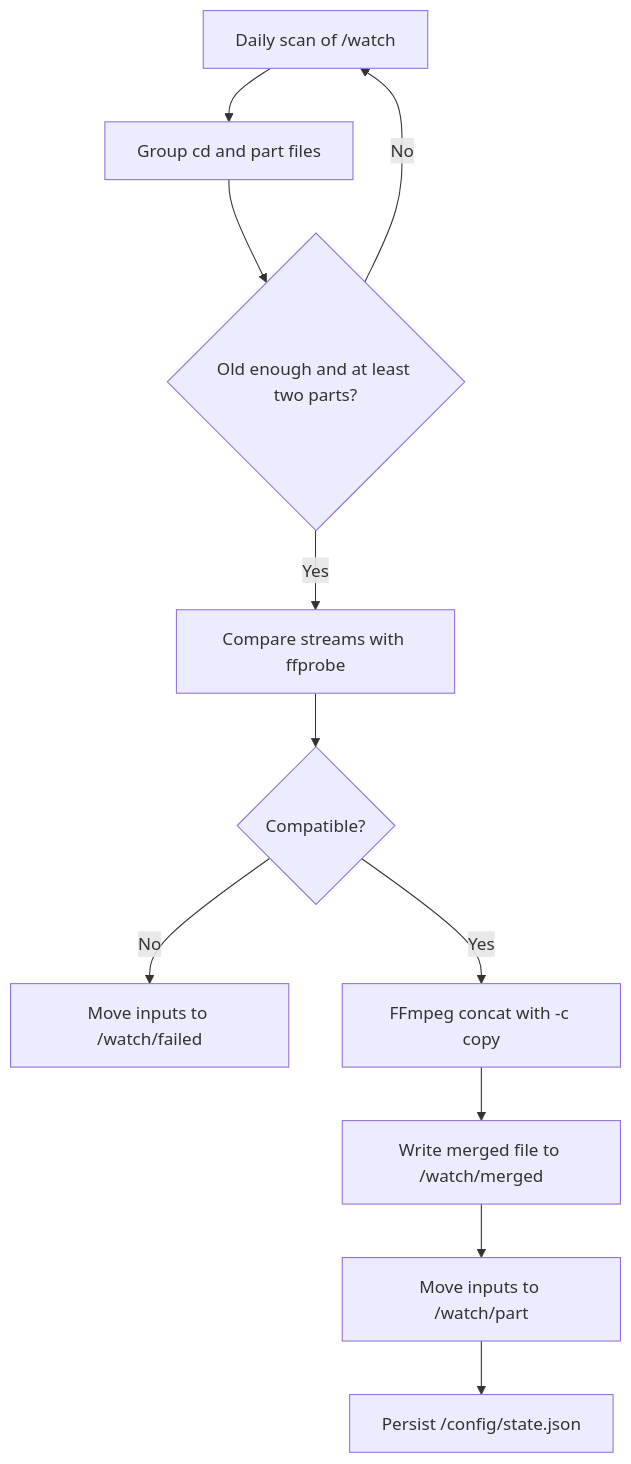
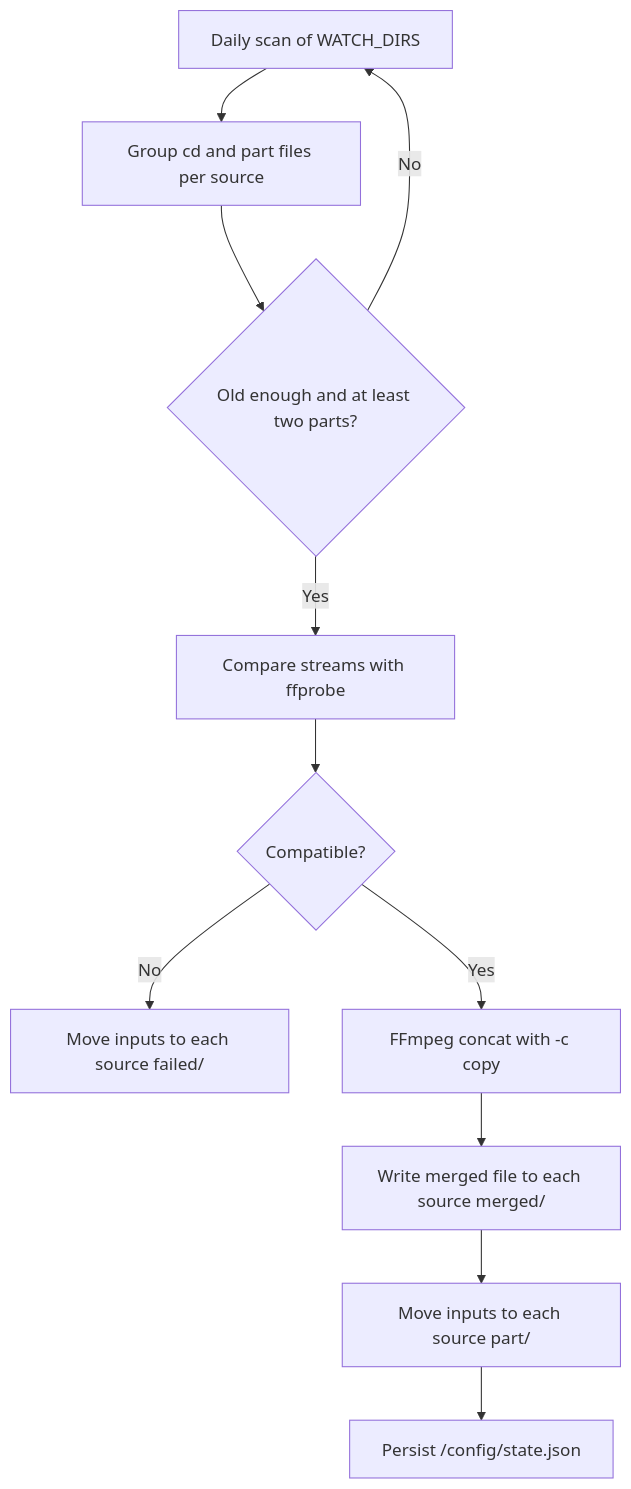
One commit to guoyiheng/nas-auto-merge changed the diagram in README.md. Above: the diagram before and after it, drawn with Mermaid. The commit also changed other lines of this file and 2 other files, not shown here.

Commit message:
feat: support multiple NAS watch directories

````diff
--- a/README.md
+++ b/README.md
@@ -19,13 +19,13 @@
 ```mermaid
 flowchart TD
-    A[Daily scan of /watch] --> B[Group cd and part files]
+    A[Daily scan of WATCH_DIRS] --> B[Group cd and part files per source]
     B --> C{Old enough and at least two parts?}
     C -- No --> A
     C -- Yes --> D[Compare streams with ffprobe]
     D --> E{Compatible?}
-    E -- No --> F[Move inputs to /watch/failed]
+    E -- No --> F[Move inputs to each source failed/]
     E -- Yes --> G[FFmpeg concat with -c copy]
-    G --> H[Write merged file to /watch/merged]
-    H --> I[Move inputs to /watch/part]
+    G --> H[Write merged file to each source merged/]
+    H --> I[Move inputs to each source part/]
     I --> J[Persist /config/state.json]
 ```
````
